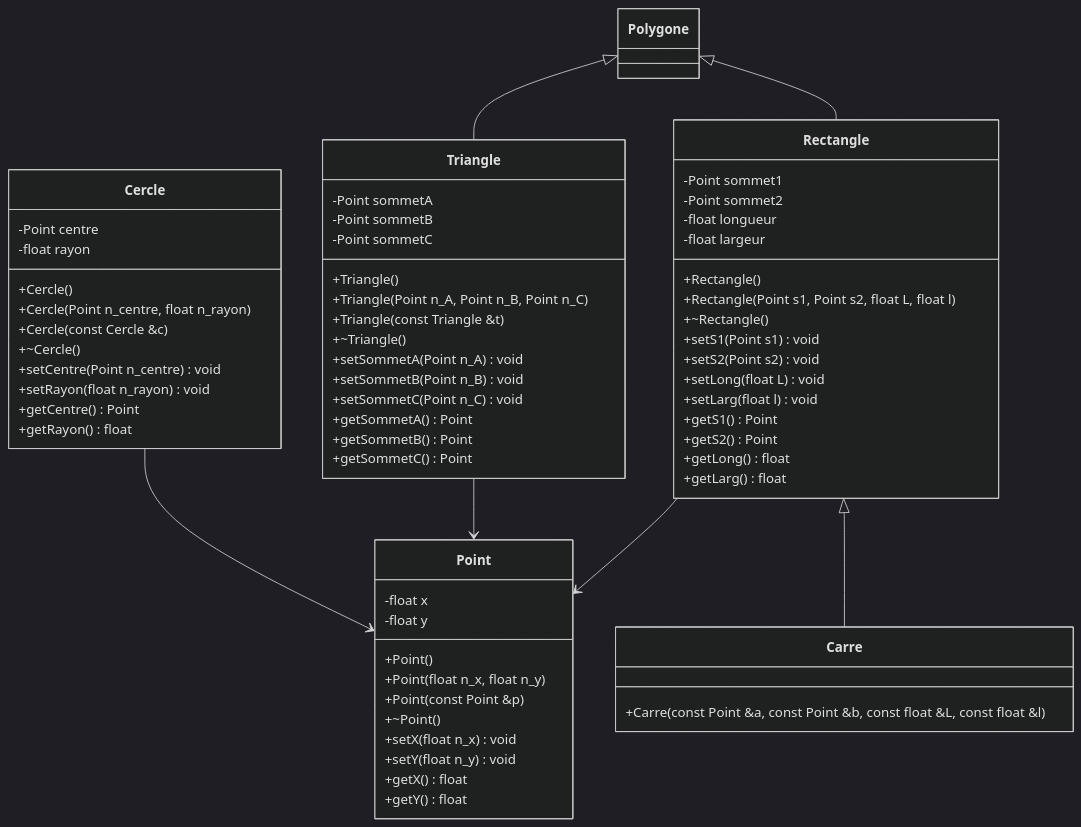
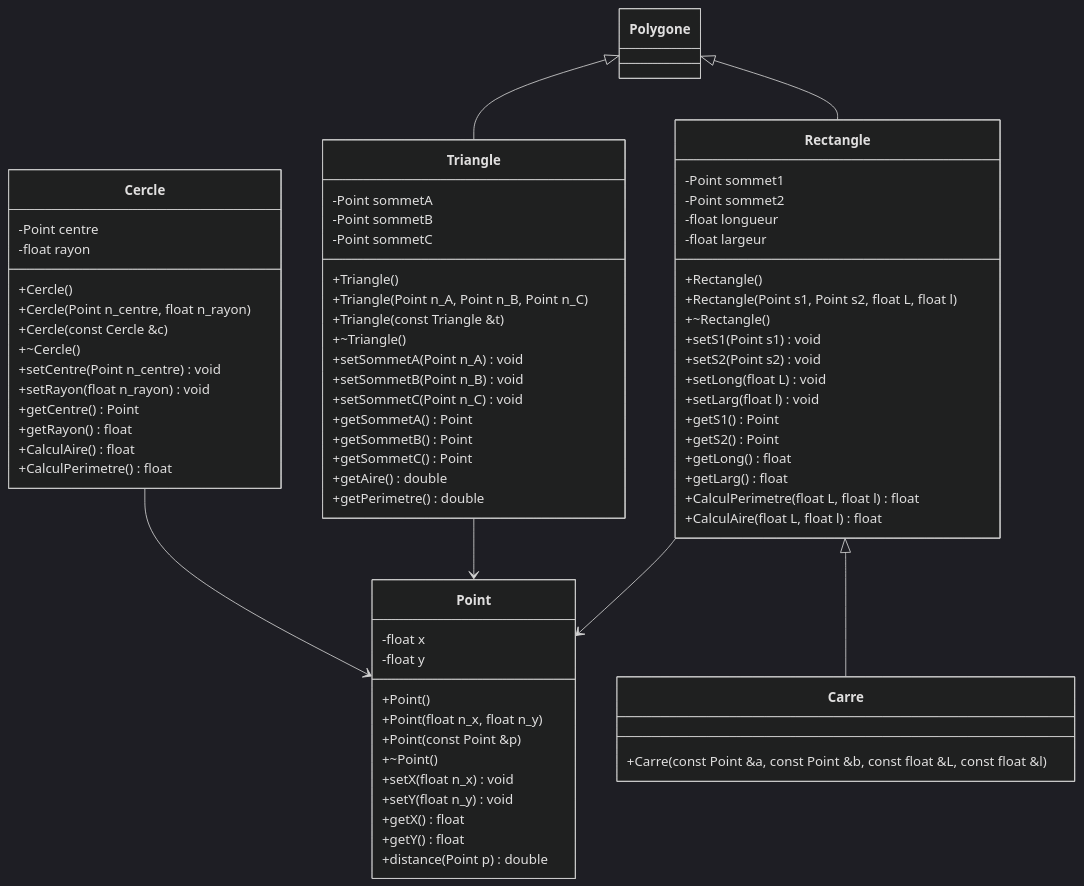
Before and after one commit to Am0L0/POO-prosit_3: the diagram in README.md, drawn with Mermaid (dark theme).

Commit message:
Mise à jour du readme avec les méthodes

```diff
--- a/README.md
+++ b/README.md
@@ -22,6 +22,7 @@
         +setY(float n_y) void
         +getX() float
         +getY() float
+        +distance(Point p) double
     }
 
     class Polygone {
@@ -38,6 +39,8 @@
         +setRayon(float n_rayon) void
         +getCentre() Point
         +getRayon() float
+        +CalculAire() float
+        +CalculPerimetre() float
     }
 
     class Carre {
@@ -60,6 +63,8 @@
         +getS2() Point
         +getLong() float
         +getLarg() float
+        +CalculPerimetre(float L, float l) float
+        +CalculAire(float L, float l) float
     }
 
     class Triangle {
@@ -76,6 +81,8 @@
         +getSommetA() Point
         +getSommetB() Point
         +getSommetC() Point
+        +getAire() double
+        +getPerimetre() double
     }
 
     Rectangle <|-- Carre
```
